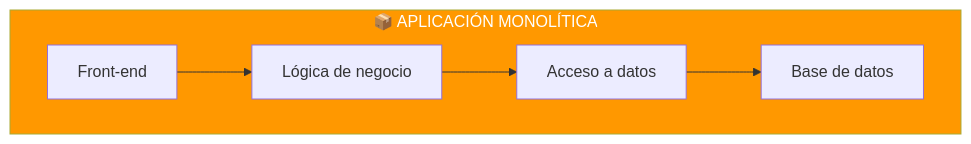
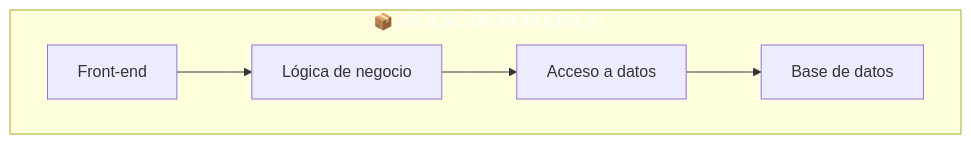
The second of 5 diagrams in 03-arquitecturas-web.md (joseluisgs/DesarrolloWebEntornosServidor-01-2026-2027), drawn with Mermaid before and after one commit. The commit also changed other lines of this file and 66 other files, not shown here.

First line of the commit message:
fix: normalizar titulos al castellano de frase y corregir la paleta de mermaid

````diff
--- a/03-arquitecturas-web.md
+++ b/03-arquitecturas-web.md
@@ -51,13 +51,13 @@
 ```mermaid
 graph TD
     subgraph MONOLITO["📦 APLICACIÓN MONOLÍTICA"]
         A["Front-end"]
         B["Lógica de negocio"]
         C["Acceso a datos"]
         D["Base de datos"]
     end
 
     A --> B --> C --> D
 
-    style MONOLITO fill:#FF9800,color:#fff
+    style MONOLITO fill:#FF980,color:#fff0,color:#fff
 ```
````
